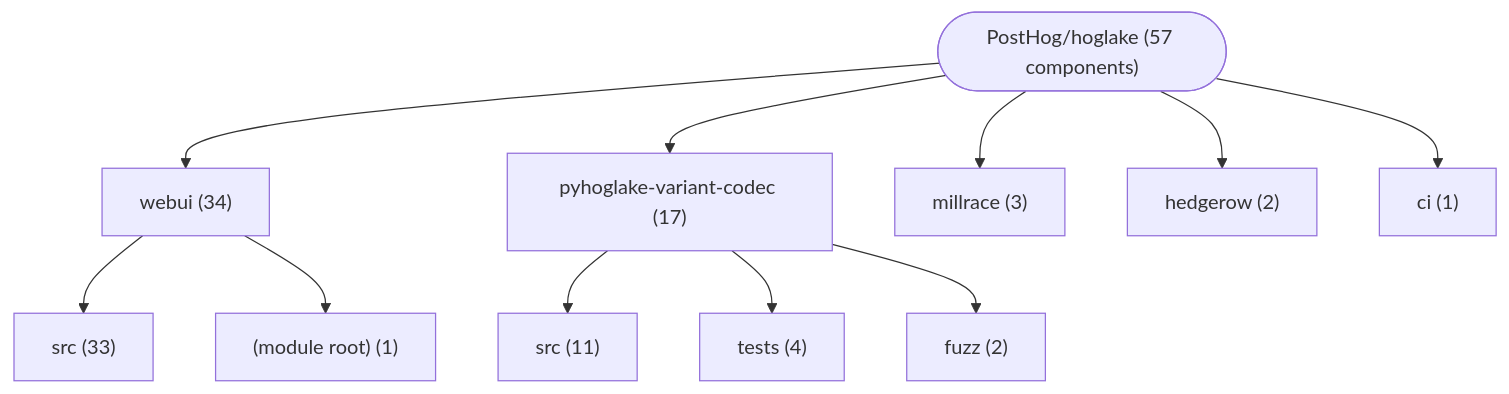
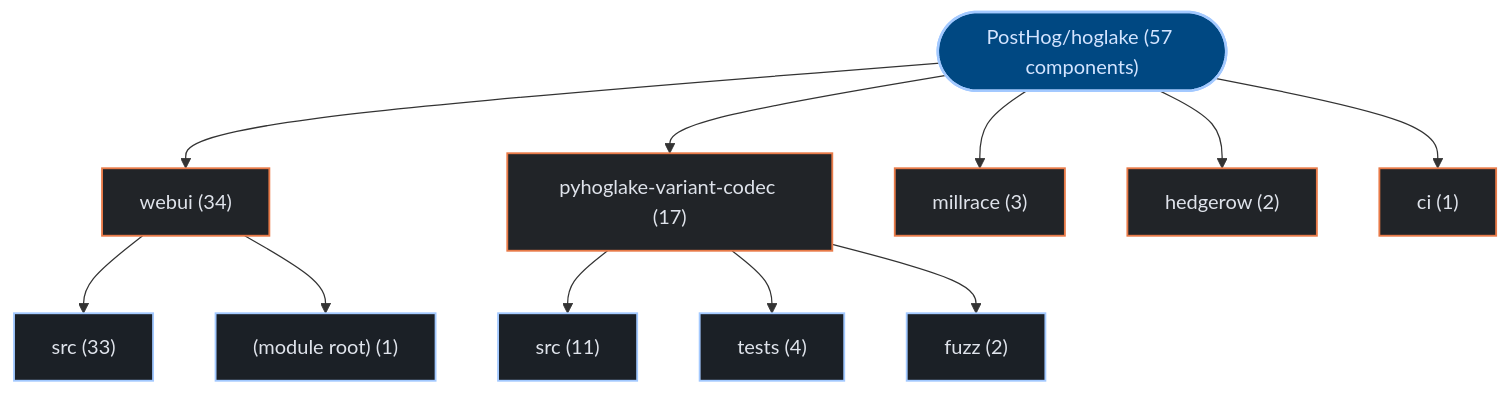
Before and after one commit to kumarshaz/atruss-code-atlas: the first of 3 diagrams in exports/latest/reports/PostHog-hoglake-report.md, drawn with Mermaid. The commit also changed other lines of this file and 331 other files, not shown here.

Commit message:
docs,ui,fix: update SDLC docs, reorder CI/CD DAG first, stylize Mermaid, and fix Arc42 pipeline topology

````diff
--- a/exports/latest/reports/PostHog-hoglake-report.md
+++ b/exports/latest/reports/PostHog-hoglake-report.md
@@ -42,24 +42,31 @@
 ```mermaid
 graph TD;
-    repo_root(["PostHog/hoglake (57 components)"])
-    dir_0_webui["webui (34)"]
+  classDef atlasRoot fill:#004882,stroke:#a3c9ff,stroke-width:2px,color:#d3e4ff
+  classDef atlasCategory fill:#212428,stroke:#E87A48,stroke-width:1.5px,color:#dfe3eb
+  classDef atlasWorkflow fill:#1b2026,stroke:#a3c9ff,stroke-width:1.5px,color:#dfe3eb
+  classDef atlasJob fill:#171c22,stroke:#8d9199,stroke-width:1px,color:#dfe3eb
+  classDef atlasTarget fill:#005227,stroke:#8bd99b,stroke-width:1.5px,color:#a7f6b6
+  classDef atlasAlert fill:#93000a,stroke:#ffb4ab,stroke-width:1.5px,color:#ffdad6
+  classDef atlasMore fill:#252a31,stroke:#8d9199,stroke-dasharray:4 4,color:#c3c6cf
+    repo_root(["PostHog/hoglake (57 components)"]):::atlasRoot
+    dir_0_webui["webui (34)"]:::atlasCategory
     repo_root --> dir_0_webui
-    sub_0_0_src["src (33)"]
+    sub_0_0_src["src (33)"]:::atlasWorkflow
     dir_0_webui --> sub_0_0_src
-    sub_0_1__module_root_["(module root) (1)"]
+    sub_0_1__module_root_["(module root) (1)"]:::atlasWorkflow
     dir_0_webui --> sub_0_1__module_root_
-    dir_1_pyhoglake_variant_codec["pyhoglake-variant-codec (17)"]
+    dir_1_pyhoglake_variant_codec["pyhoglake-variant-codec (17)"]:::atlasCategory
     repo_root --> dir_1_pyhoglake_variant_codec
-    sub_1_0_src["src (11)"]
+    sub_1_0_src["src (11)"]:::atlasWorkflow
     dir_1_pyhoglake_variant_codec --> sub_1_0_src
-    sub_1_1_tests["tests (4)"]
+    sub_1_1_tests["tests (4)"]:::atlasWorkflow
     dir_1_pyhoglake_variant_codec --> sub_1_1_tests
-    sub_1_2_fuzz["fuzz (2)"]
+    sub_1_2_fuzz["fuzz (2)"]:::atlasWorkflow
     dir_1_pyhoglake_variant_codec --> sub_1_2_fuzz
-    dir_2_millrace["millrace (3)"]
+    dir_2_millrace["millrace (3)"]:::atlasCategory
     repo_root --> dir_2_millrace
-    dir_3_hedgerow["hedgerow (2)"]
+    dir_3_hedgerow["hedgerow (2)"]:::atlasCategory
     repo_root --> dir_3_hedgerow
-    dir_4_ci["ci (1)"]
+    dir_4_ci["ci (1)"]:::atlasCategory
     repo_root --> dir_4_ci
 ```
````
